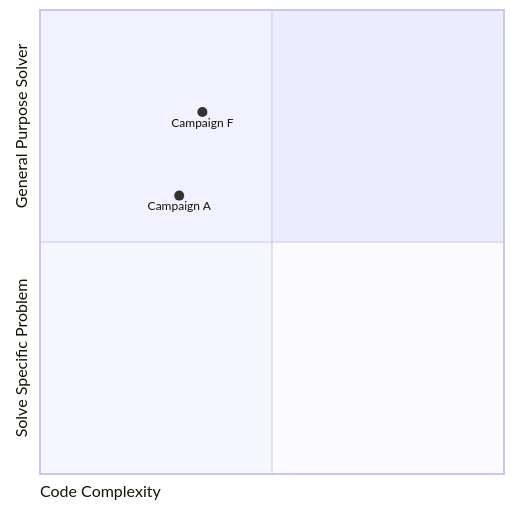
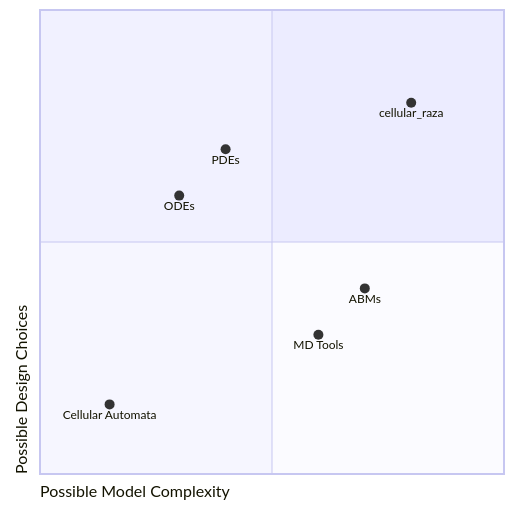
The diagram in cellular_raza-homepage/content/guides/introduction.md (jonaspleyer/cellular_raza), drawn with Mermaid before and after one commit. The commit also changed other lines of this file, not shown here.

````diff
--- a/cellular_raza-homepage/content/guides/introduction.md
+++ b/cellular_raza-homepage/content/guides/introduction.md
@@ -36,7 +37,11 @@
 ```mermaid
 quadrantChart
-    x-axis Code Complexity
-    y-axis Solve Specific Problem --> General Purpose Solver
-    Campaign A: [0.3, 0.6]
-    Campaign F: [0.35, 0.78]
+    x-axis Possible Model Complexity
+    y-axis Possible Design Choices
+    Cellular Automata: [0.15, 0.15]
+    ODEs: [0.3, 0.6]
+    PDEs: [0.4, 0.7]
+    MD Tools: [0.6, 0.3]
+    ABMs: [0.7, 0.4]
+    cellular_raza: [0.8, 0.8]
 ```
````
